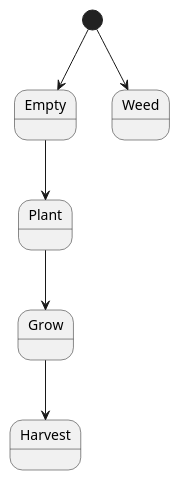
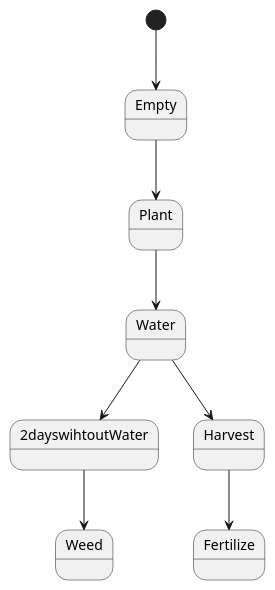
The diagram in Tomato/Tomato.iuml (masmangan/bookish-palm-tree), drawn with PlantUML before and after one commit.

Commit message:
Melhora dos estados

```diff
--- a/Tomato/Tomato.iuml
+++ b/Tomato/Tomato.iuml
@@ -1,7 +1,9 @@
 @startuml
 [*] --> Empty
-[*] --> Weed
 Empty --> Plant
-Plant --> Grow
-Grow --> Harvest
+Plant --> Water
+Water --> 2dayswihtoutWater
+2dayswihtoutWater --> Weed
+Water --> Harvest
+Harvest --> Fertilize
 @enduml
```
